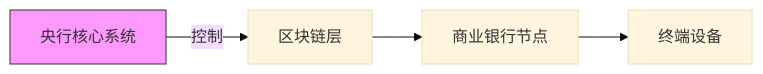
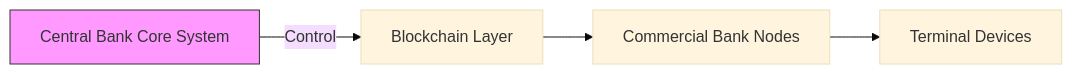
One commit to liweinan/deepseek-answers changed the fifth of 6 diagrams in files/rmb.md. Above: the diagram before and after it, drawn with Mermaid (base theme). The commit also changed other lines of this file and 13 other files, not shown here.

````diff
--- a/files/rmb.md
+++ b/files/rmb.md
@@ -421,7 +421,7 @@
    ```mermaid
    graph LR
-     A[央行核心系统] -->|控制| B[区块链层]
-     B --> C[商业银行节点]
-     C --> D[终端设备]
+     A[Central Bank Core System] -->|Control| B[Blockchain Layer]
+     B --> C[Commercial Bank Nodes]
+     C --> D[Terminal Devices]
      style A fill:#f9f,stroke:#333
    ```
````
